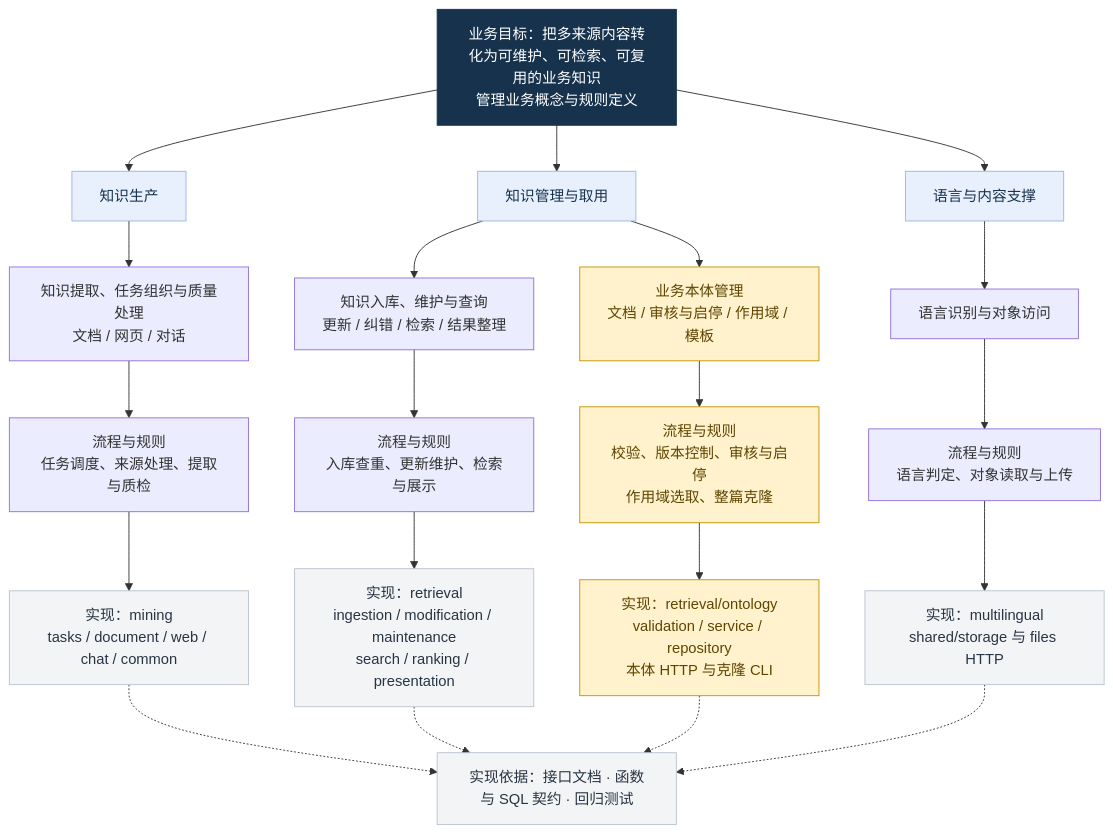
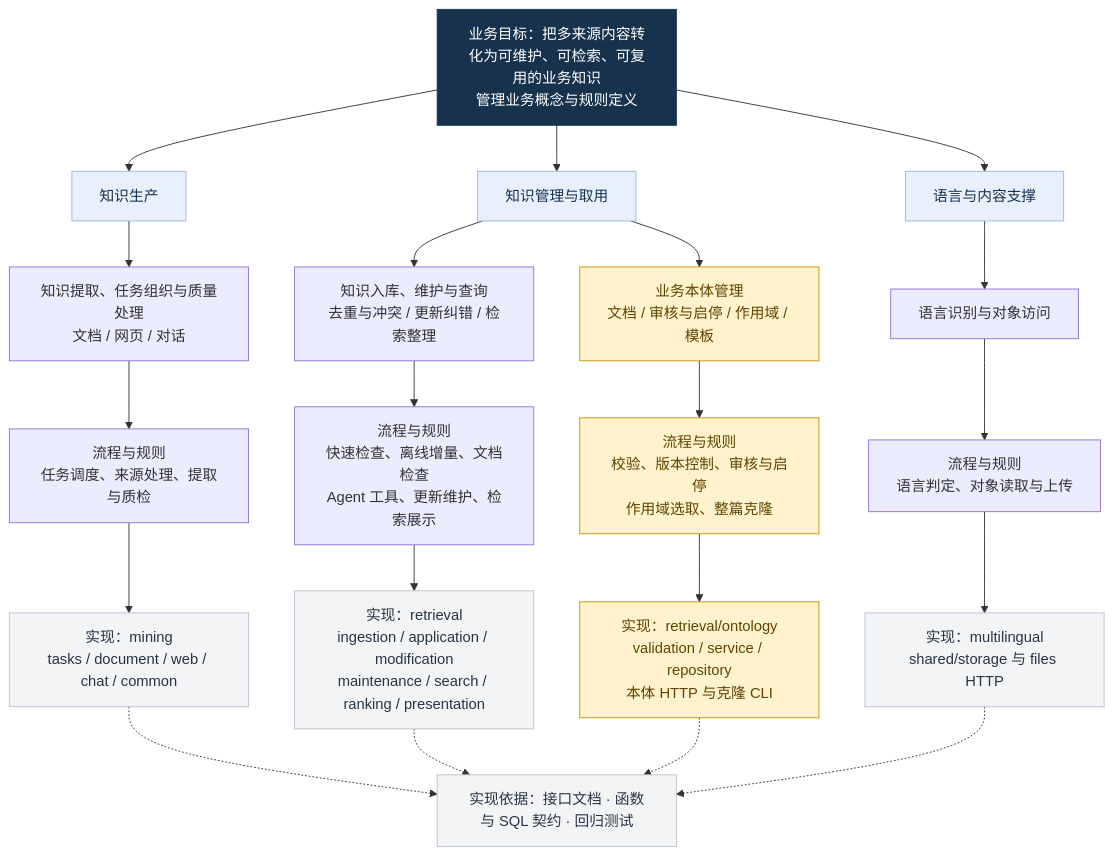
The first of 3 diagrams in docs/Architecture_Overview_Diagram.md (chenqishi/kdb-forge), drawn with Mermaid before and after one commit. The commit also changed other lines of this file and 180 other files, not shown here.

````diff
--- a/docs/Architecture_Overview_Diagram.md
+++ b/docs/Architecture_Overview_Diagram.md
@@ -9,36 +9,36 @@
 ```mermaid
 flowchart TB
   GOAL["业务目标：把多来源内容转化为可维护、可检索、可复用的业务知识<br/>管理业务概念与规则定义"]
   GOAL --> PRODUCE["知识生产"]
   GOAL --> USE["知识管理与取用"]
   GOAL --> SUPPORT["语言与内容支撑"]
 
   PRODUCE --> MC["知识提取、任务组织与质量处理<br/>文档 / 网页 / 对话"]
-  USE --> KC["知识入库、维护与查询<br/>更新 / 纠错 / 检索 / 结果整理"]
+  USE --> KC["知识入库、维护与查询<br/>去重与冲突 / 更新纠错 / 检索整理"]
   USE --> OC["业务本体管理<br/>文档 / 审核与启停 / 作用域 / 模板"]
   SUPPORT --> SC["语言识别与对象访问"]
 
   MC --> MF["流程与规则<br/>任务调度、来源处理、提取与质检"]
-  KC --> KF["流程与规则<br/>入库查重、更新维护、检索与展示"]
+  KC --> KF["流程与规则<br/>快速检查、离线增量、文档检查<br/>Agent 工具、更新维护、检索展示"]
   OC --> OF["流程与规则<br/>校验、版本控制、审核与启停<br/>作用域选取、整篇克隆"]
   SC --> SF["流程与规则<br/>语言判定、对象读取与上传"]
 
   MF --> MI["实现：mining<br/>tasks / document / web / chat / common"]
-  KF --> KI["实现：retrieval<br/>ingestion / modification / maintenance<br/>search / ranking / presentation"]
+  KF --> KI["实现：retrieval<br/>ingestion / application / modification<br/>maintenance / search / ranking / presentation"]
   OF --> OI["实现：retrieval/ontology<br/>validation / service / repository<br/>本体 HTTP 与克隆 CLI"]
   SF --> SI["实现：multilingual<br/>shared/storage 与 files HTTP"]
 
   MI -.-> EVIDENCE["实现依据：接口文档 · 函数与 SQL 契约 · 回归测试"]
   KI -.-> EVIDENCE
   OI -.-> EVIDENCE
   SI -.-> EVIDENCE
 
   classDef goal fill:#17324d,color:#fff,stroke:#17324d
   classDef domain fill:#e8f0fe,color:#17324d,stroke:#9bb7df
   classDef ontology fill:#fff2cc,color:#5f4500,stroke:#c69500
   classDef implementation fill:#f3f4f6,color:#273444,stroke:#bac3cf
   class GOAL goal
   class PRODUCE,USE,SUPPORT domain
   class OC,OF,OI ontology
   class MI,KI,SI,EVIDENCE implementation
 ```
````
